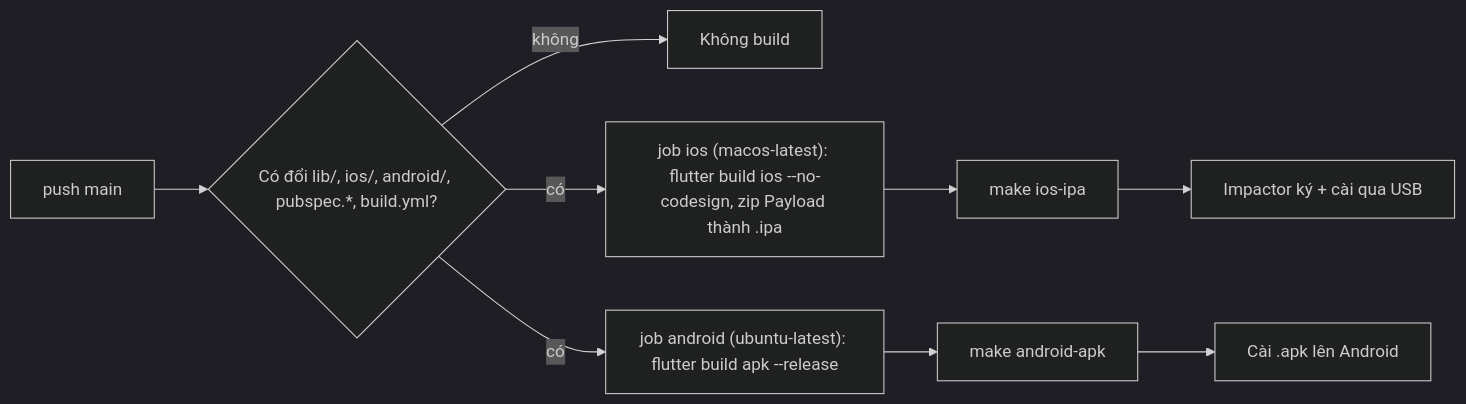
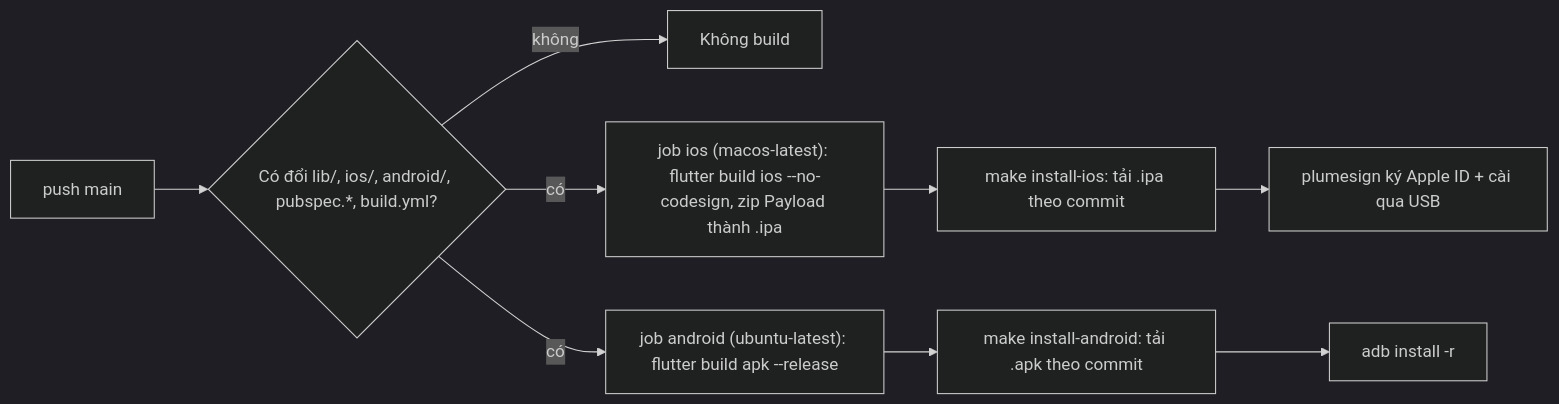
One commit to mihb123/ttyd-keys changed the diagram in docs/deployment_guide.md. Above: the diagram before and after it, drawn with Mermaid (dark theme). The commit also changed other lines of this file and 7 other files, not shown here.

First line of the commit message:
Cài bản build theo commit lên máy qua USB

````diff
--- a/docs/deployment_guide.md
+++ b/docs/deployment_guide.md
@@ -41,11 +50,11 @@
 ```mermaid
 flowchart LR
     Push["push main"] --> CM{"Có đổi lib/, ios/, android/, pubspec.*, build.yml?"}
     CM -->|"không"| Skip["Không build"]
     CM -->|"có"| IOS["job ios (macos-latest): flutter build ios --no-codesign, zip Payload thành .ipa"]
     CM -->|"có"| AND["job android (ubuntu-latest): flutter build apk --release"]
-    IOS --> Pull["make ios-ipa"]
-    AND --> PullA["make android-apk"]
-    Pull --> Imp["Impactor ký + cài qua USB"]
-    PullA --> Phone["Cài .apk lên Android"]
+    IOS --> Pull["make install-ios: tải .ipa theo commit"]
+    AND --> PullA["make install-android: tải .apk theo commit"]
+    Pull --> Imp["plumesign ký Apple ID + cài qua USB"]
+    PullA --> Phone["adb install -r"]
 ```
````
